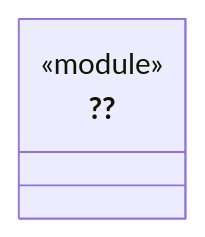
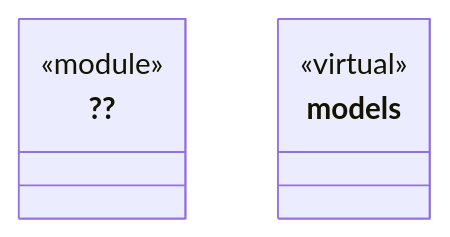
The diagram in src/logic-new/settings/ARCHITECTURE.md (nan023062/cbim), drawn with Mermaid before and after one commit. The commit also changed other lines of this file and 169 other files, not shown here.

````diff
--- a/src/logic-new/settings/ARCHITECTURE.md
+++ b/src/logic-new/settings/ARCHITECTURE.md
@@ -17,7 +19,11 @@
 ```mermaid
 classDiagram
 class N_9a3c855a8ace["??"] {
   <<module>>
 }
 click N_9a3c855a8ace href "index.ts"
+class N_b5679b01465f["models"] {
+  <<virtual>>
+}
+click N_b5679b01465f href "models/ARCHITECTURE.md"
 ```
````
